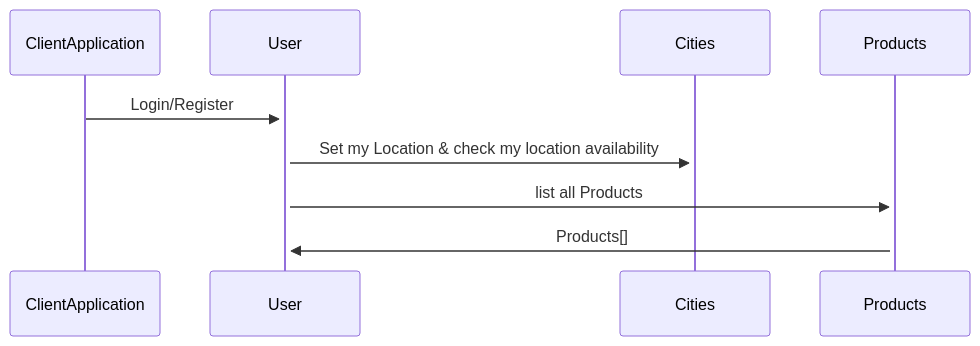
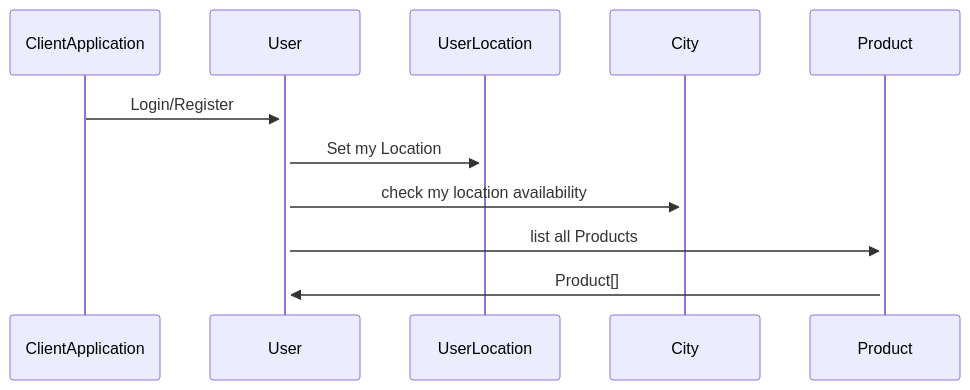
Before and after one commit to joussin/api_allopico_old: the second of 6 diagrams in readme.md, drawn with Mermaid. The commit also changed other lines of this file, not shown here.

````diff
--- a/readme.md
+++ b/readme.md
@@ -123,11 +149,13 @@
 ```mermaid
 sequenceDiagram
 
 ClientApplication->>+User: Login/Register
 
-User->>+Cities: Set my Location & check my location availability
+User->>+UserLocation: Set my Location
 
-User->>+Products: list all Products
+User->>+City: check my location availability
 
-Products->>+User: Products[]
+User->>+Product: list all Products
+
+Product->>+User: Product[]
 ```
````
